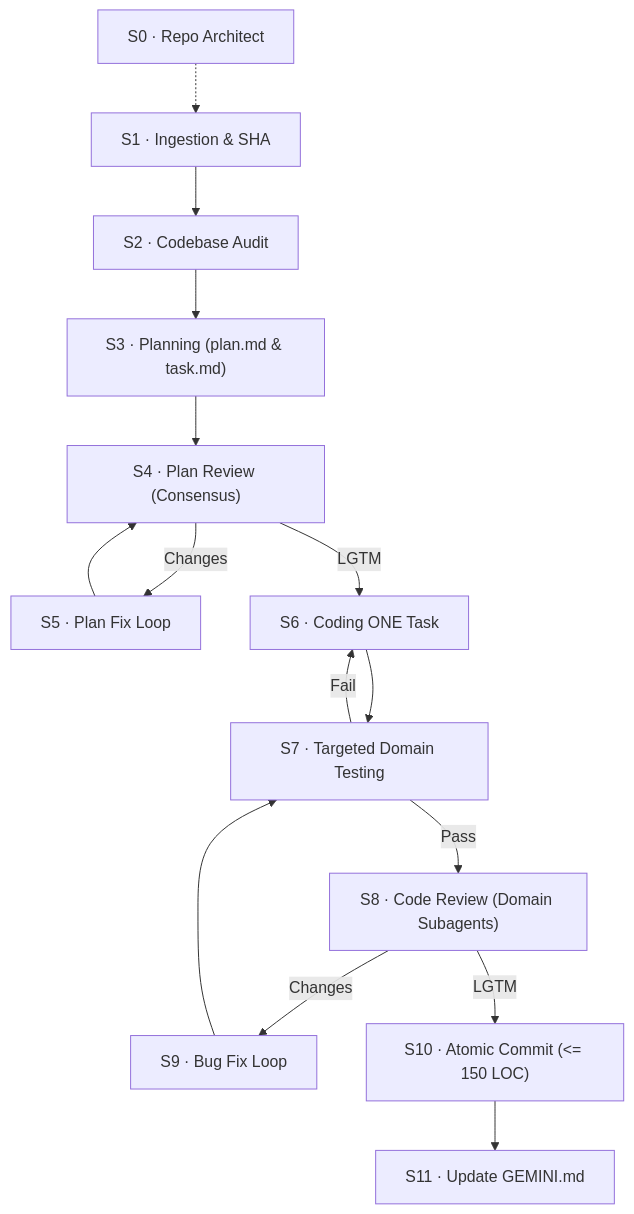
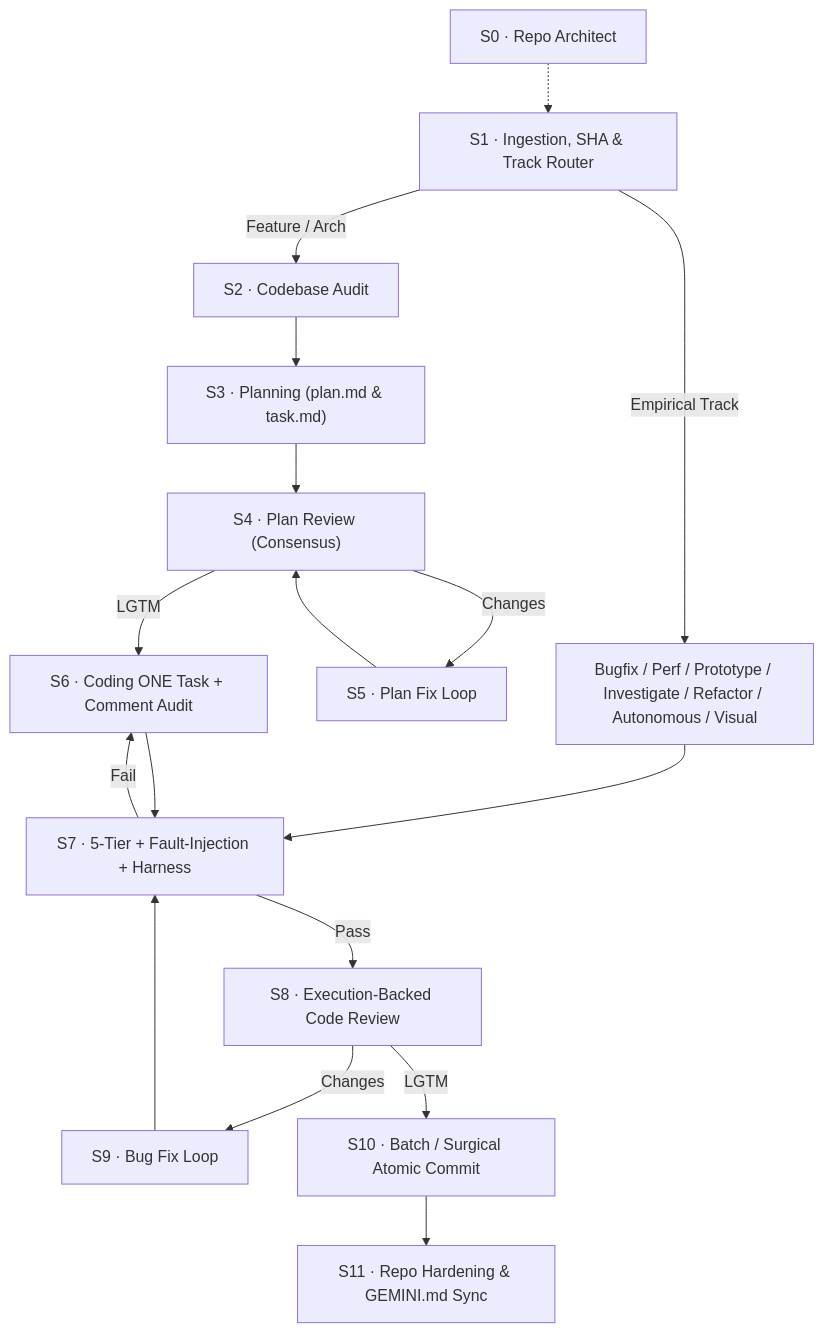
The diagram in resources/workflow-invocation-prompt.md (RachitSWE/ideal-agentic-workflow), drawn with Mermaid before and after one commit. The commit also changed other lines of this file and 3 other files, not shown here.

````diff
--- a/resources/workflow-invocation-prompt.md
+++ b/resources/workflow-invocation-prompt.md
@@ -23,17 +30,19 @@
 ```mermaid
 flowchart TD
-    S0["S0 · Repo Architect"] -.-> S1["S1 · Ingestion & SHA"]
-    S1 --> S2["S2 · Codebase Audit"]
+    S0["S0 · Repo Architect"] -.-> S1["S1 · Ingestion, SHA & Track Router"]
+    S1 -- "Feature / Arch" --> S2["S2 · Codebase Audit"]
+    S1 -- "Empirical Track" --> ET["Bugfix / Perf / Prototype / Investigate / Refactor / Autonomous / Visual"]
     S2 --> S3["S3 · Planning (plan.md & task.md)"]
     S3 --> S4["S4 · Plan Review (Consensus)"]
     S4 -- "Changes" --> S5["S5 · Plan Fix Loop"]
     S5 --> S4
-    S4 -- "LGTM" --> S6["S6 · Coding ONE Task"]
-    S6 --> S7["S7 · Targeted Domain Testing"]
+    S4 -- "LGTM" --> S6["S6 · Coding ONE Task + Comment Audit"]
+    ET --> S7
+    S6 --> S7["S7 · 5-Tier + Fault-Injection + Harness"]
     S7 -- "Fail" --> S6
-    S7 -- "Pass" --> S8["S8 · Code Review (Domain Subagents)"]
+    S7 -- "Pass" --> S8["S8 · Execution-Backed Code Review"]
     S8 -- "Changes" --> S9["S9 · Bug Fix Loop"]
     S9 --> S7
-    S8 -- "LGTM" --> S10["S10 · Atomic Commit (<= 150 LOC)"]
-    S10 --> S11["S11 · Update GEMINI.md"]
+    S8 -- "LGTM" --> S10["S10 · Batch / Surgical Atomic Commit"]
+    S10 --> S11["S11 · Repo Hardening & GEMINI.md Sync"]
 ```
````
